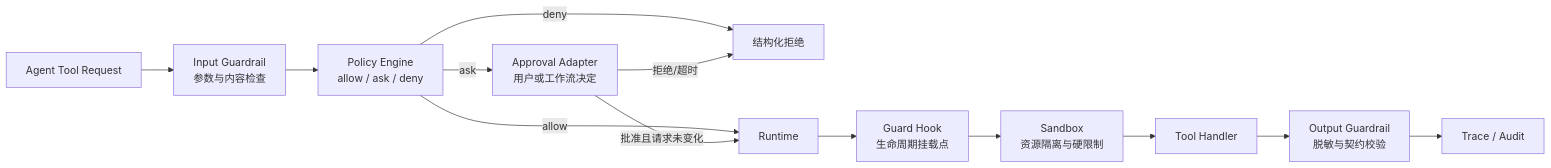
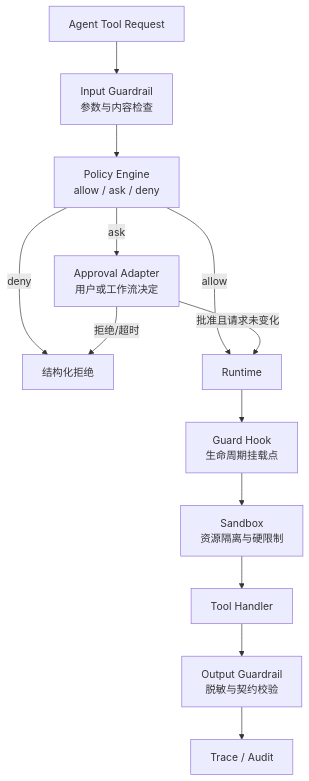
One commit to dollarser/modern-ai-agent-architecture changed the first of 2 diagrams in docs/chapters/17-engineering-practice/README.md. Above: the diagram before and after it, drawn with Mermaid. The commit also changed 27 other files, not shown here.

````diff
--- a/docs/chapters/17-engineering-practice/README.md
+++ b/docs/chapters/17-engineering-practice/README.md
@@ -367,15 +367,15 @@
 ```mermaid
-flowchart LR
+flowchart TB
     Request["Agent Tool Request"] --> Guard["Input Guardrail<br/>参数与内容检查"]
     Guard --> Policy["Policy Engine<br/>allow / ask / deny"]
     Policy -->|deny| Reject["结构化拒绝"]
     Policy -->|ask| Approval["Approval Adapter<br/>用户或工作流决定"]
     Policy -->|allow| Runtime["Runtime"]
     Approval -->|批准且请求未变化| Runtime
     Approval -->|拒绝/超时| Reject
     Runtime --> Hook["Guard Hook<br/>生命周期挂载点"]
     Hook --> Sandbox["Sandbox<br/>资源隔离与硬限制"]
     Sandbox --> Handler["Tool Handler"]
     Handler --> Output["Output Guardrail<br/>脱敏与契约校验"]
     Output --> Audit["Trace / Audit"]
 ```
````
